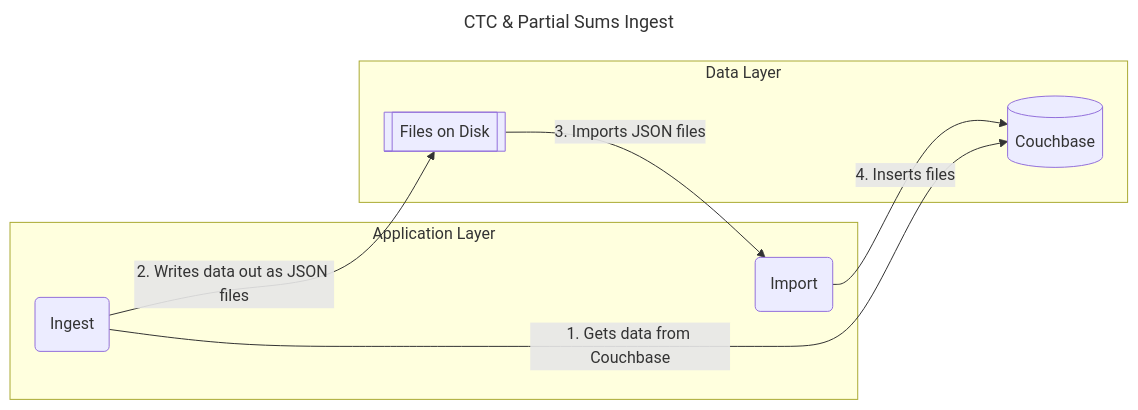
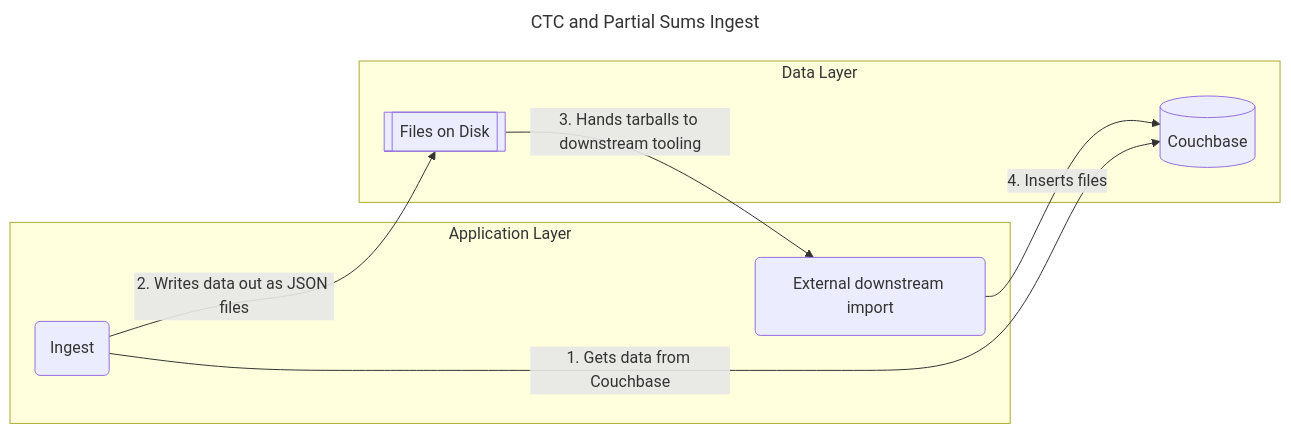
Before and after one commit to NOAA-GSL/VxIngest: the second of 2 diagrams in README.md, drawn with Mermaid. The commit also changed other lines of this file and 14 other files, not shown here.

````diff
--- a/README.md
+++ b/README.md
@@ -215,19 +146,19 @@
 ```mermaid
 ---
-title: CTC & Partial Sums Ingest
+title: CTC and Partial Sums Ingest
 ---
 flowchart LR
     ingest --> |1. Gets data from Couchbase| cb
     ingest --> |2. Writes data out as JSON files| disk
-    disk --> |3. Imports JSON files| import
-    import --> |4. Inserts files| cb
+    disk --> |3. Hands tarballs to downstream tooling| downstream
+    downstream --> |4. Inserts files| cb
 
     subgraph Application Layer
         ingest(Ingest)
-        import(Import)
+        downstream(External downstream import)
     end
     subgraph Data Layer
         disk[[Files on Disk]]
         cb[(Couchbase)]
     end
 ```
````
